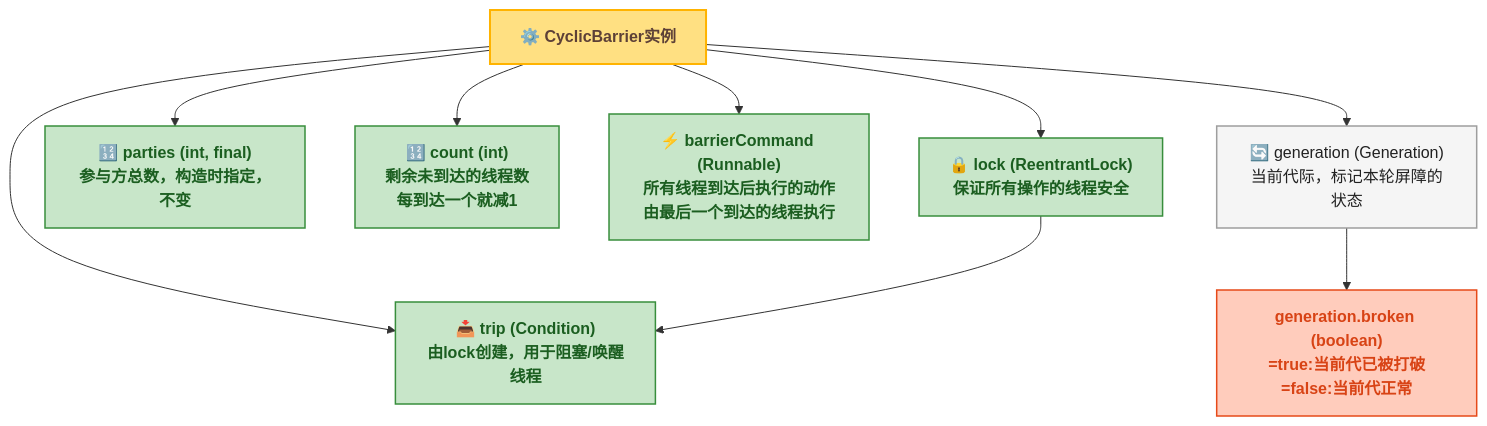
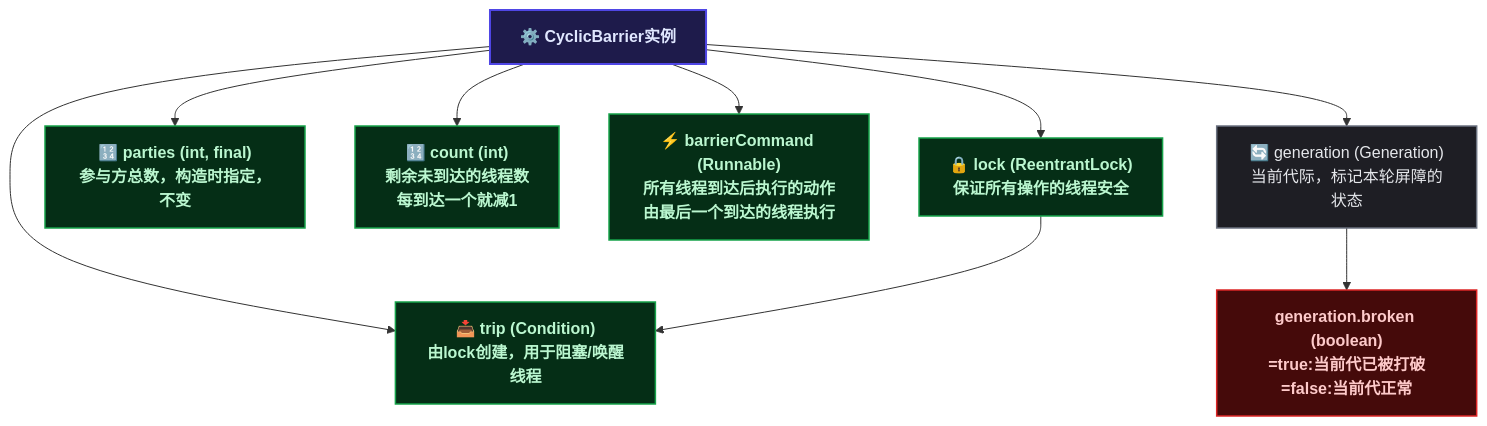
One commit to yaocat55/yaocat55.github.io changed the first of 4 diagrams in content/posts/concurrency/CyclicBarrier.md. Above: the diagram before and after it, drawn with Mermaid. The commit also changed other lines of this file and 155 other files, not shown here.

````diff
--- a/content/posts/concurrency/CyclicBarrier.md
+++ b/content/posts/concurrency/CyclicBarrier.md
@@ -70,24 +70,24 @@
 ```mermaid
 flowchart TD
-    classDef lock fill:#FFE082,stroke:#FFB300,stroke-width:2px,color:#5D4037,font-weight:bold;
-    classDef field fill:#F5F5F5,stroke:#9E9E9E,stroke-width:1.5px,color:#212121;
-    classDef gen fill:#C8E6C9,stroke:#388E3C,stroke-width:1.5px,color:#1B5E20,font-weight:bold;
-    classDef highlight fill:#FFCCBC,stroke:#E64A19,stroke-width:1.5px,color:#D84315,font-weight:bold;
+classDef lock fill:#1e1b4b,stroke:#4f46e5,stroke-width:2px,color:#e0e7ff,font-weight:bold;
+classDef field fill:#1e1e24,stroke:#6b7280,stroke-width:1.5px,color:#e5e7eb;
+classDef gen fill:#052e16,stroke:#16a34a,stroke-width:1.5px,color:#bbf7d0,font-weight:bold;
+classDef highlight fill:#450a0a,stroke:#dc2626,stroke-width:1.5px,color:#fecaca,font-weight:bold;
 
     CB["⚙️ CyclicBarrier实例"]
 
     CB --> LOCK["🔒 lock (ReentrantLock)\n保证所有操作的线程安全"]
     CB --> TRIP["📥 trip (Condition)\n由lock创建，用于阻塞/唤醒线程"]
     CB --> PARTIES["🔢 parties (int, final)\n参与方总数，构造时指定，不变"]
     CB --> COUNT["🔢 count (int)\n剩余未到达的线程数\n每到达一个就减1"]
     CB --> CMD["⚡ barrierCommand (Runnable)\n所有线程到达后执行的动作\n由最后一个到达的线程执行"]
     CB --> GEN["🔄 generation (Generation)\n当前代际，标记本轮屏障的状态"]
 
     LOCK --> TRIP
     GEN --> BROKEN["generation.broken (boolean)\n=true:当前代已被打破\n=false:当前代正常"]
 
     class CB lock;
     class LOCK,TRIP,PARTIES,COUNT,CMD gen;
     class GEN field;
     class BROKEN highlight;
 ```
````
